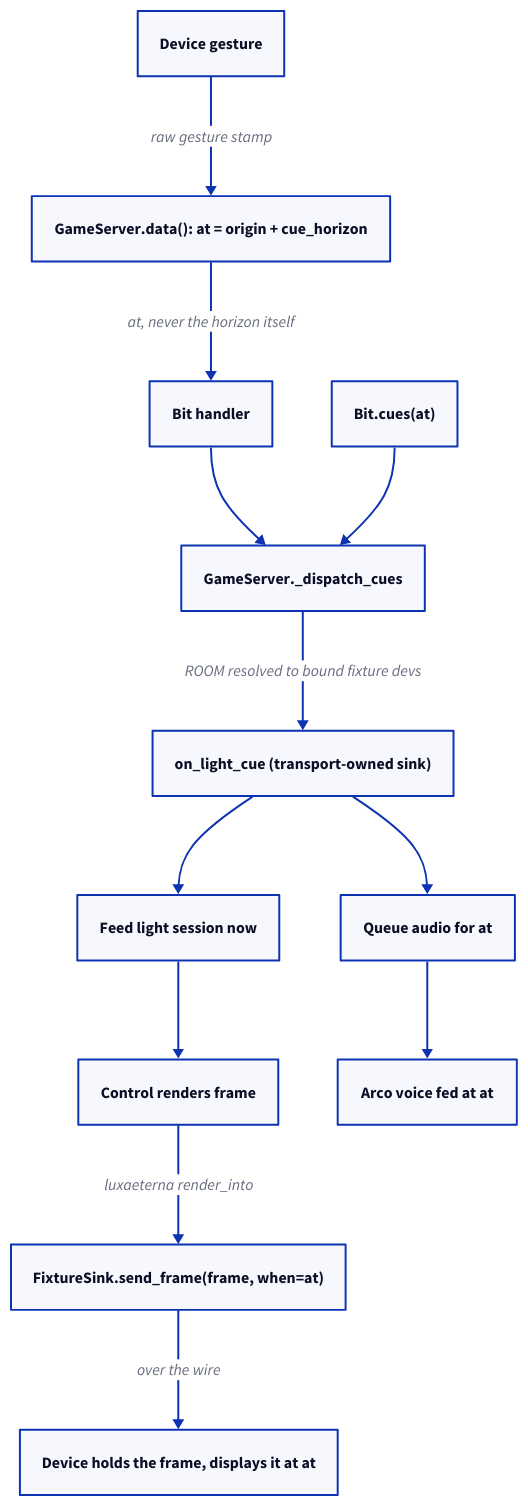
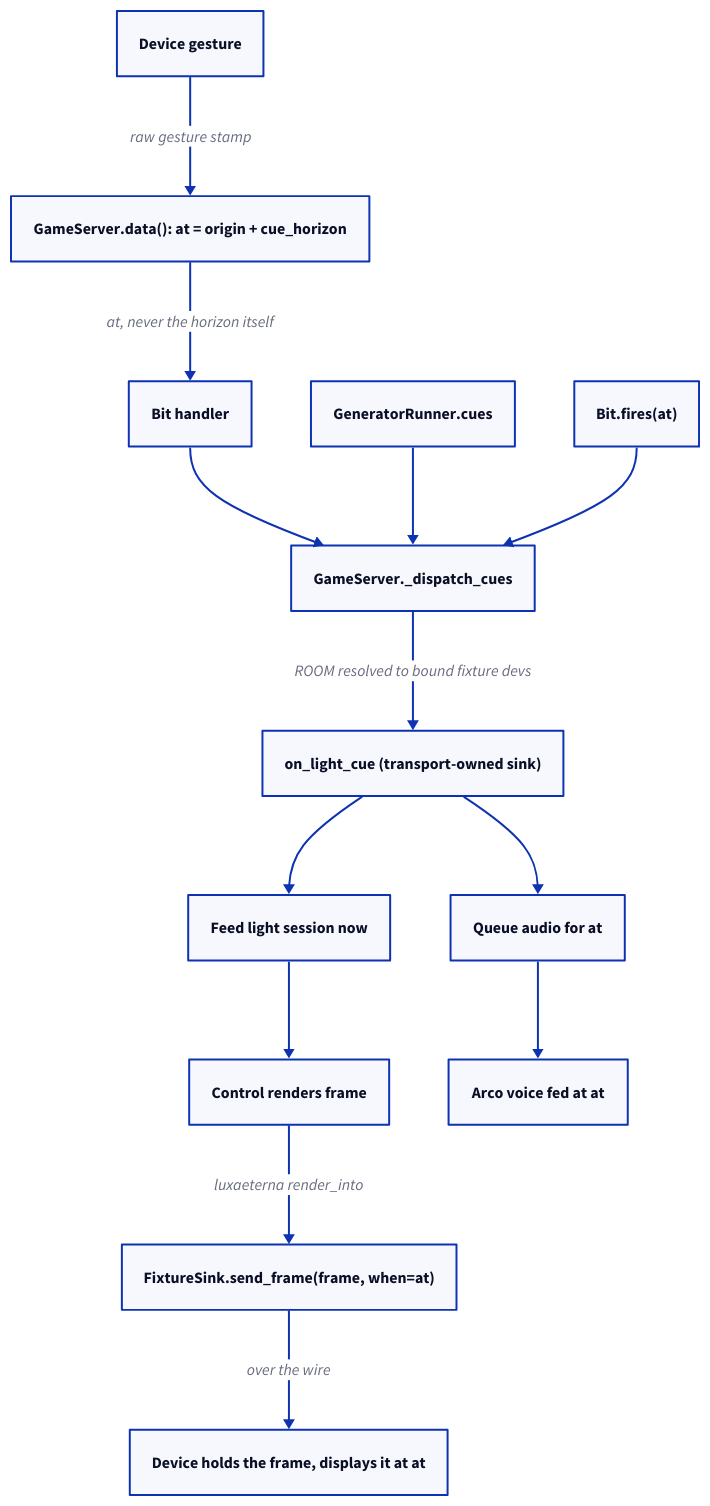
The diagram in docs/diagrams/cue-path.d2 (Musical-Mycology/mm-terrarium), drawn with D2 before and after one commit. The commit also changed 11 other files, not shown here.

First line of the commit message:
docs(diagrams): bring cue-path, boot-teardown and light-path up to date with the code

```diff
--- a/docs/diagrams/cue-path.d2
+++ b/docs/diagrams/cue-path.d2
@@ -1,26 +1,28 @@
 direction: down
 
 gesture: "Device gesture"
 data: "GameServer.data(): at = origin + cue_horizon"
 handler: "Bit handler"
-selfcues: "Bit.cues(at)"
+generators: "GeneratorRunner.cues"
+fires: "Bit.fires(at)"
 dispatch: "GameServer._dispatch_cues"
 sink: "on_light_cue (transport-owned sink)"
 light: "Feed light session now"
 audio: "Queue audio for at"
 render: "Control renders frame"
 arco_voice: "Arco voice fed at at"
 fsink: "FixtureSink.send_frame(frame, when=at)"
 dev_show: "Device holds the frame, displays it at at"
 
 gesture -> data: raw gesture stamp
 data -> handler: at, never the horizon itself
 handler -> dispatch
-selfcues -> dispatch
+generators -> dispatch
+fires -> dispatch
 dispatch -> sink: ROOM resolved to bound fixture devs
 sink -> light
 sink -> audio
 light -> render
 audio -> arco_voice
 render -> fsink: luxaeterna render_into
 fsink -> dev_show: over the wire
```
